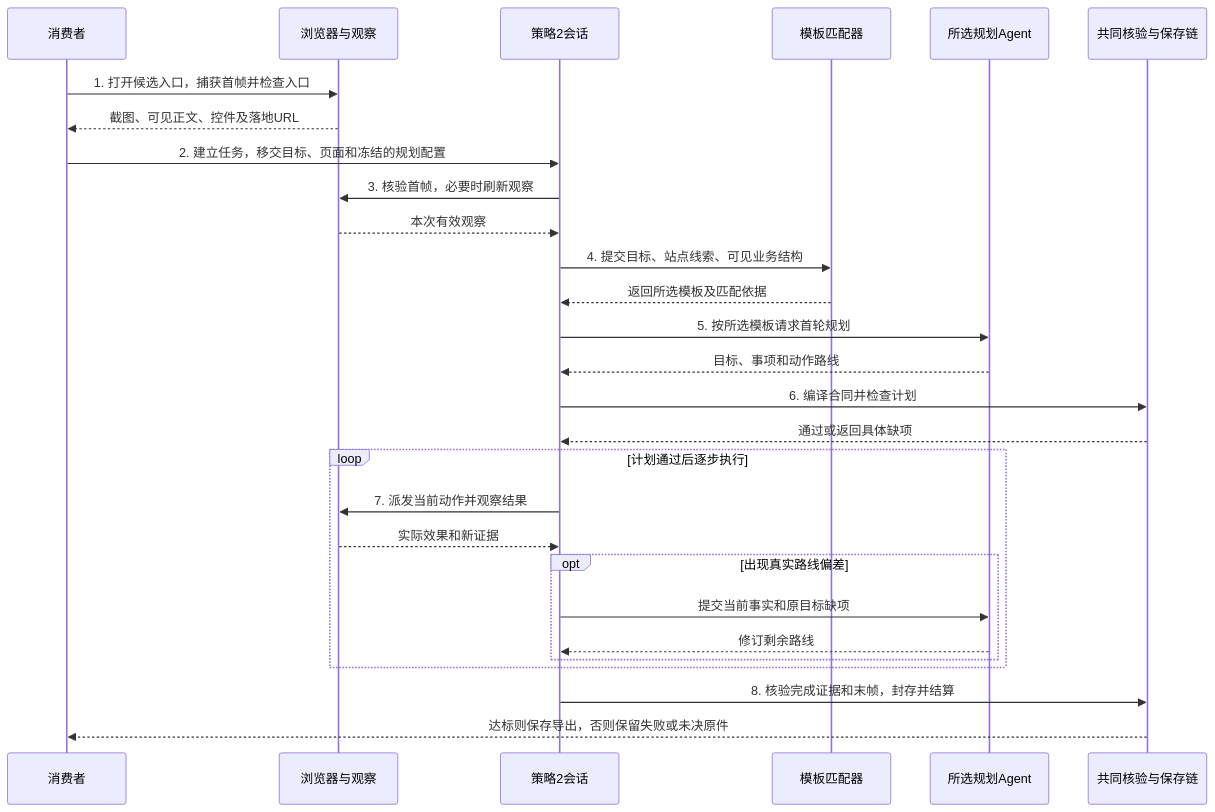
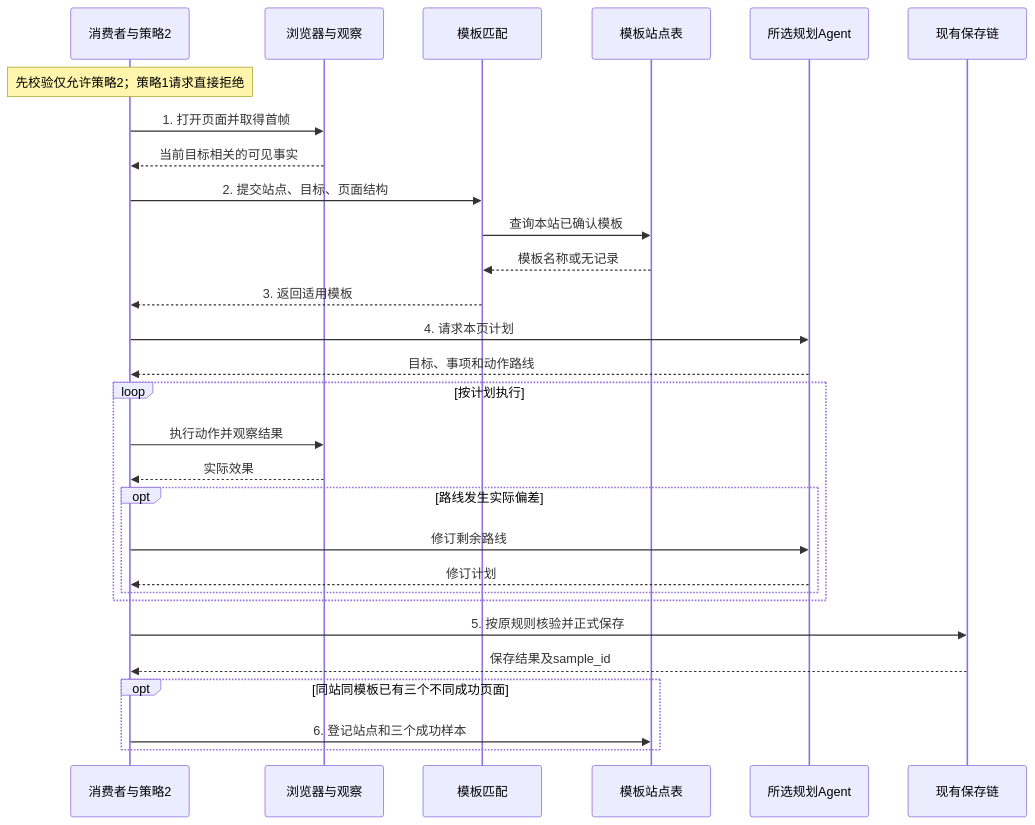
Before and after one commit to askingwindy/web_info_collection: the first of 2 diagrams in docs/策略2子规划Agent与模板匹配设计-20261115.md, drawn with Mermaid. The commit also changed other lines of this file and 10 other files, not shown here.

````diff
--- a/docs/策略2子规划Agent与模板匹配设计-20261115.md
+++ b/docs/策略2子规划Agent与模板匹配设计-20261115.md
@@ -47,30 +79,32 @@
 ```mermaid
 sequenceDiagram
-    participant C as 消费者
+    participant S as 消费者与策略2
     participant B as 浏览器与观察
-    participant S as 策略2会话
-    participant M as 模板匹配器
+    participant M as 模板匹配
+    participant T as 模板站点表
     participant A as 所选规划Agent
-    participant V as 共同核验与保存链
-    C->>B: 1. 打开候选入口，捕获首帧并检查入口
-    B-->>C: 截图、可见正文、控件及落地URL
-    C->>S: 2. 建立任务，移交目标、页面和冻结的规划配置
-    S->>B: 3. 核验首帧，必要时刷新观察
-    B-->>S: 本次有效观察
-    S->>M: 4. 提交目标、站点线索、可见业务结构
-    M-->>S: 返回所选模板及匹配依据
-    S->>A: 5. 按所选模板请求首轮规划
+    participant R as 现有保存链
+
+    Note over S: 先校验仅允许策略2；策略1请求直接拒绝
+    S->>B: 1. 打开页面并取得首帧
+    B-->>S: 当前目标相关的可见事实
+    S->>M: 2. 提交站点、目标、页面结构
+    M->>T: 查询本站已确认模板
+    T-->>M: 模板名称或无记录
+    M-->>S: 3. 返回适用模板
+    S->>A: 4. 请求本页计划
     A-->>S: 目标、事项和动作路线
-    S->>V: 6. 编译合同并检查计划
-    V-->>S: 通过或返回具体缺项
-    loop 计划通过后逐步执行
-        S->>B: 7. 派发当前动作并观察结果
-        B-->>S: 实际效果和新证据
-        opt 出现真实路线偏差
-            S->>A: 提交当前事实和原目标缺项
-            A-->>S: 修订剩余路线
+    loop 按计划执行
+        S->>B: 执行动作并观察结果
+        B-->>S: 实际效果
+        opt 路线发生实际偏差
+            S->>A: 修订剩余路线
+            A-->>S: 修订计划
         end
     end
-    S->>V: 8. 核验完成证据和末帧，封存并结算
-    V-->>C: 达标则保存导出，否则保留失败或未决原件
+    S->>R: 5. 按原规则核验并正式保存
+    R-->>S: 保存结果及sample_id
+    opt 同站同模板已有三个不同成功页面
+        S->>T: 6. 登记站点和三个成功样本
+    end
 ```
````
